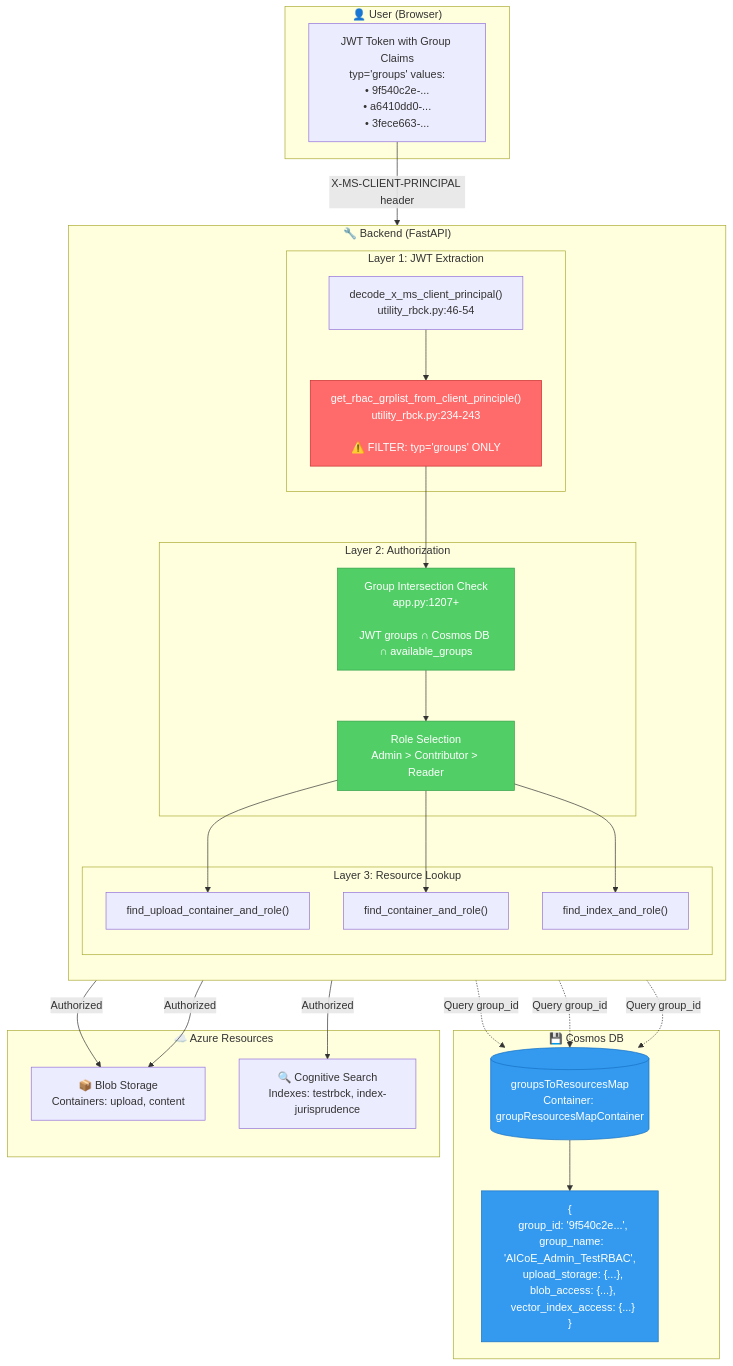
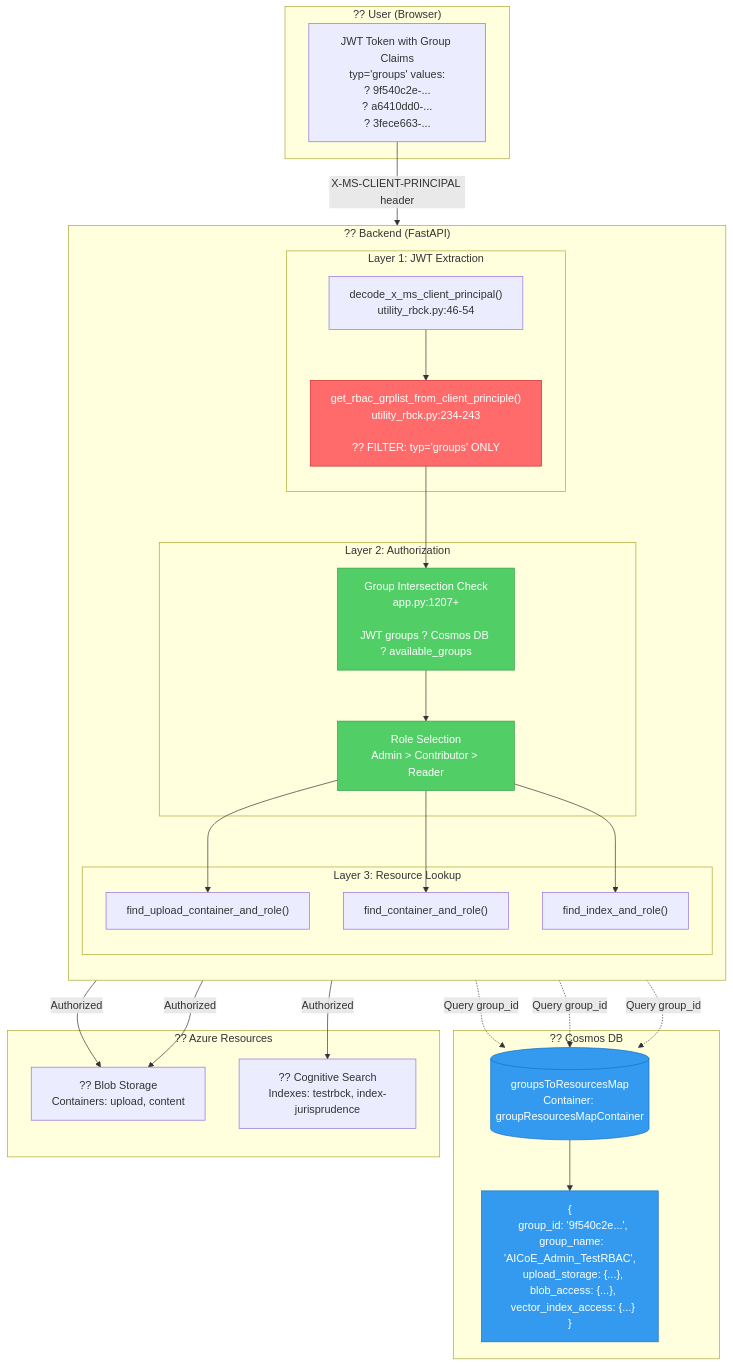
The first of 12 diagrams in README.md (eva-foundry/28-rbac), drawn with Mermaid before and after one commit. The commit also changed other lines of this file and 18 other files, not shown here.

````diff
--- a/README.md
+++ b/README.md
@@ -87,61 +108,61 @@
 ```mermaid
 flowchart TB
-    subgraph Browser["👤 User (Browser)"]
-        JWT["JWT Token with Group Claims<br/>typ='groups' values:<br/>• 9f540c2e-...<br/>• a6410dd0-...<br/>• 3fece663-..."]
+    subgraph Browser["?? User (Browser)"]
+        JWT["JWT Token with Group Claims<br/>typ='groups' values:<br/>? 9f540c2e-...<br/>? a6410dd0-...<br/>? 3fece663-..."]
     end
     
-    subgraph Backend["🔧 Backend (FastAPI)"]
+    subgraph Backend["?? Backend (FastAPI)"]
         direction TB
         
         subgraph Layer1["Layer 1: JWT Extraction"]
             Decode["decode_x_ms_client_principal()<br/>utility_rbck.py:46-54"]
-            Extract["get_rbac_grplist_from_client_principle()<br/>utility_rbck.py:234-243<br/><br/>⚠️ FILTER: typ='groups' ONLY"]
+            Extract["get_rbac_grplist_from_client_principle()<br/>utility_rbck.py:234-243<br/><br/>?? FILTER: typ='groups' ONLY"]
         end
         
         subgraph Layer2["Layer 2: Authorization"]
-            Intersection["Group Intersection Check<br/>app.py:1207+<br/><br/>JWT groups ∩ Cosmos DB ∩ available_groups"]
+            Intersection["Group Intersection Check<br/>app.py:1207+<br/><br/>JWT groups ? Cosmos DB ? available_groups"]
             RoleSelect["Role Selection<br/>Admin > Contributor > Reader"]
         end
         
         subgraph Layer3["Layer 3: Resource Lookup"]
             FindUpload["find_upload_container_and_role()"]
             FindBlob["find_container_and_role()"]
             FindIndex["find_index_and_role()"]
         end
     end
     
-    subgraph CosmosDB["💾 Cosmos DB"]
+    subgraph CosmosDB["?? Cosmos DB"]
         Database[("groupsToResourcesMap<br/>Container: groupResourcesMapContainer")]
         Schema["{<br/>  group_id: '9f540c2e...',<br/>  group_name: 'AICoE_Admin_TestRBAC',<br/>  upload_storage: {...},<br/>  blob_access: {...},<br/>  vector_index_access: {...}<br/>}"]
     end
     
-    subgraph Resources["☁️ Azure Resources"]
-        BlobStorage["📦 Blob Storage<br/>Containers: upload, content"]
-        SearchIndex["🔍 Cognitive Search<br/>Indexes: testrbck, index-jurisprudence"]
+    subgraph Resources["?? Azure Resources"]
+        BlobStorage["?? Blob Storage<br/>Containers: upload, content"]
+        SearchIndex["?? Cognitive Search<br/>Indexes: testrbck, index-jurisprudence"]
     end
     
     JWT -->|X-MS-CLIENT-PRINCIPAL header| Decode
     Decode --> Extract
     Extract --> Intersection
     Intersection --> RoleSelect
     RoleSelect --> FindUpload
     RoleSelect --> FindBlob
     RoleSelect --> FindIndex
     
     FindUpload -.Query group_id.-> Database
     FindBlob -.Query group_id.-> Database
     FindIndex -.Query group_id.-> Database
     Database --> Schema
     
     FindUpload -->|Authorized| BlobStorage
     FindBlob -->|Authorized| BlobStorage
     FindIndex -->|Authorized| SearchIndex
     
     classDef critical fill:#ff6b6b,stroke:#c92a2a,color:#fff
     classDef success fill:#51cf66,stroke:#2f9e44,color:#fff
     classDef info fill:#339af0,stroke:#1971c2,color:#fff
     
     class Extract critical
     class Intersection,RoleSelect success
     class Database,Schema info
 ```
````
